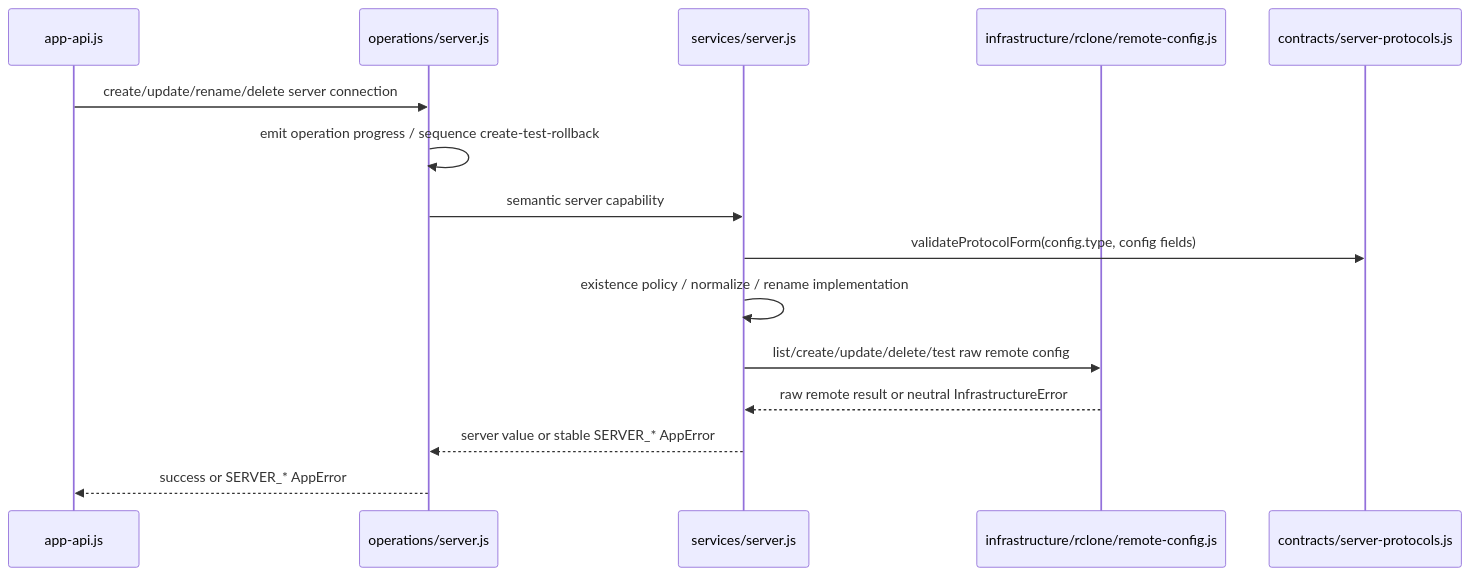
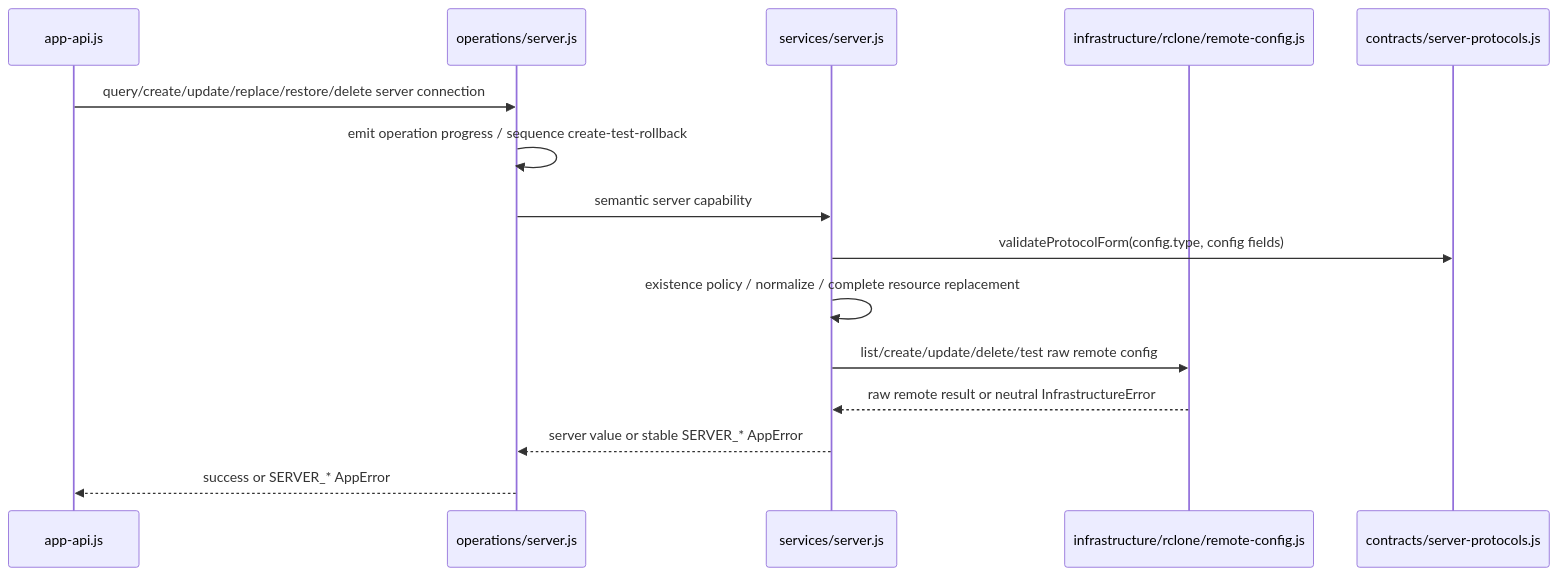
The third of 4 diagrams in docs/Architecture.md (agalloch21/sync-with-rclone), drawn with Mermaid before and after one commit. The commit also changed other lines of this file and 20 other files, not shown here.

````diff
--- a/docs/Architecture.md
+++ b/docs/Architecture.md
@@ -513,18 +517,18 @@
 ```mermaid
 sequenceDiagram
   participant APP as app-api.js
   participant SO as operations/server.js
   participant SS as services/server.js
   participant RC as infrastructure/rclone/remote-config.js
   participant PR as contracts/server-protocols.js
 
-  APP->>SO: create/update/rename/delete server connection
+  APP->>SO: query/create/update/replace/restore/delete server connection
   SO->>SO: emit operation progress / sequence create-test-rollback
   SO->>SS: semantic server capability
   SS->>PR: validateProtocolForm(config.type, config fields)
-  SS->>SS: existence policy / normalize / rename implementation
+  SS->>SS: existence policy / normalize / complete resource replacement
   SS->>RC: list/create/update/delete/test raw remote config
   RC-->>SS: raw remote result or neutral InfrastructureError
   SS-->>SO: server value or stable SERVER_* AppError
   SO-->>APP: success or SERVER_* AppError
 ```
````
